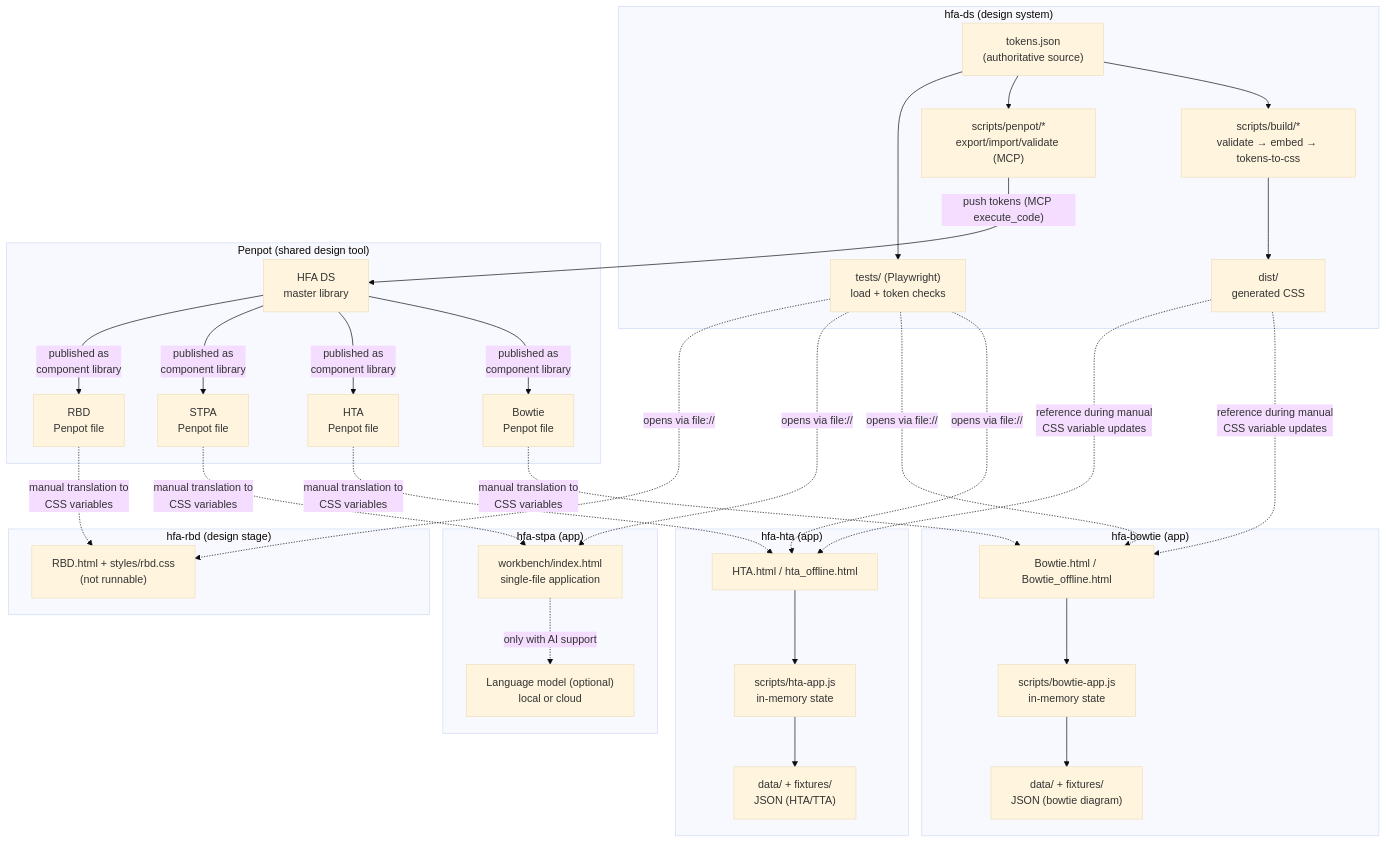
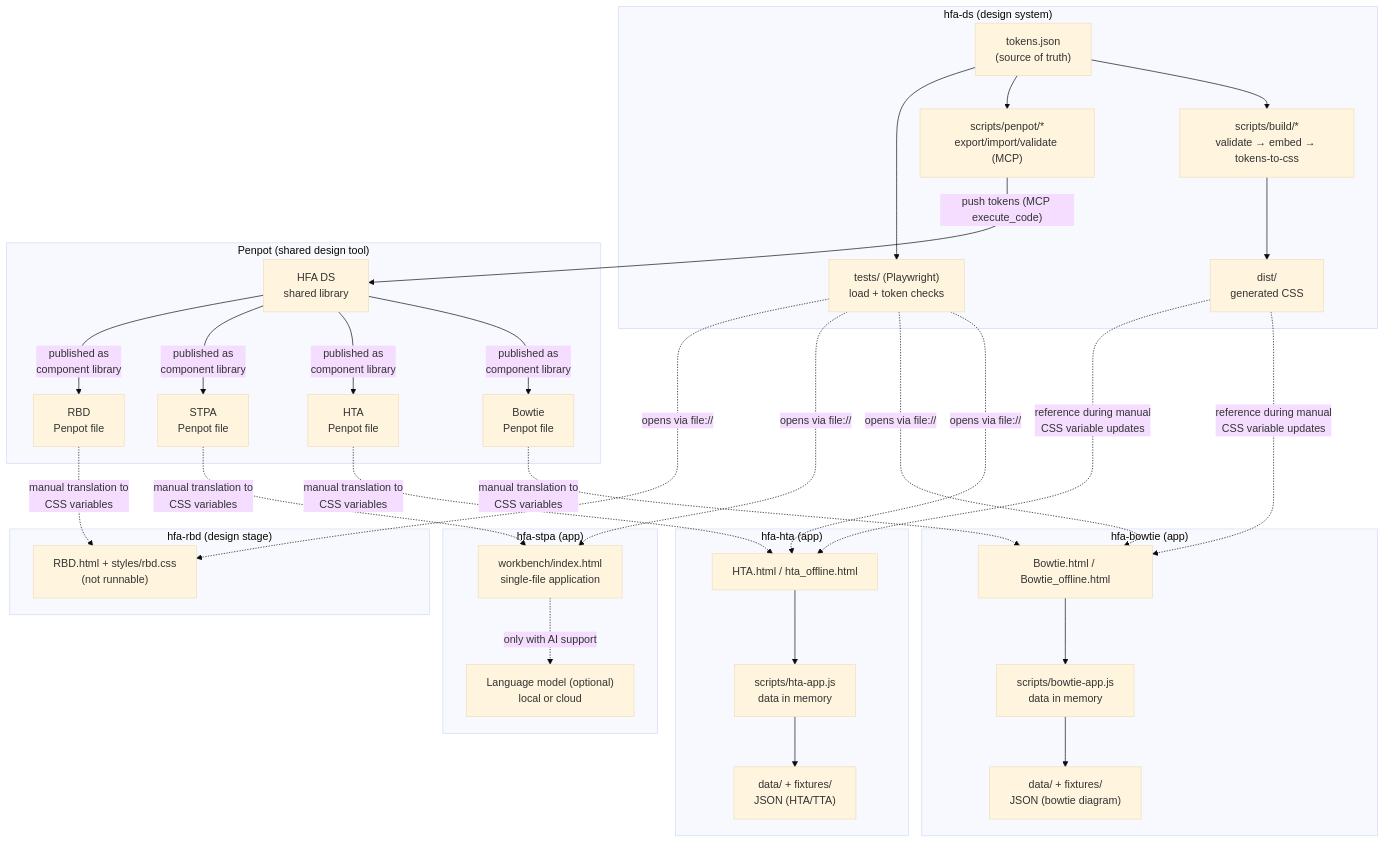
Before and after one commit to larswpettersson/hfa-ds: the first of 3 diagrams in ARCHITECTURE.md, drawn with Mermaid (base theme). The commit also changed other lines of this file and 1 other file, not shown here.

First line of the commit message:
Docs: plainer wording in the architecture documents

````diff
--- a/ARCHITECTURE.md
+++ b/ARCHITECTURE.md
@@ -67,64 +67,64 @@
 ```mermaid
 flowchart TB
     subgraph DS["hfa-ds (design system)"]
-        tokens["tokens.json<br/>(authoritative source)"]
+        tokens["tokens.json<br/>(source of truth)"]
         buildScripts["scripts/build/*<br/>validate → embed → tokens-to-css"]
         penpotScripts["scripts/penpot/*<br/>export/import/validate (MCP)"]
         dist["dist/<br/>generated CSS"]
         tests["tests/ (Playwright)<br/>load + token checks"]
         tokens --> buildScripts --> dist
         tokens --> penpotScripts
         tokens --> tests
     end
 
     subgraph Penpot["Penpot (shared design tool)"]
-        masterLib["HFA DS<br/>master library"]
+        masterLib["HFA DS<br/>shared library"]
         bowtieFile["Bowtie<br/>Penpot file"]
         htaFile["HTA<br/>Penpot file"]
         stpaFile["STPA<br/>Penpot file"]
         rbdFile["RBD<br/>Penpot file"]
     end
 
     subgraph HTA["hfa-hta (app)"]
         htaHtml["HTA.html / hta_offline.html"]
-        htaApp["scripts/hta-app.js<br/>in-memory state"]
+        htaApp["scripts/hta-app.js<br/>data in memory"]
         htaData["data/ + fixtures/<br/>JSON (HTA/TTA)"]
         htaHtml --> htaApp --> htaData
     end
 
     subgraph Bowtie["hfa-bowtie (app)"]
         bowtieHtml["Bowtie.html / Bowtie_offline.html"]
-        bowtieApp["scripts/bowtie-app.js<br/>in-memory state"]
+        bowtieApp["scripts/bowtie-app.js<br/>data in memory"]
         bowtieData["data/ + fixtures/<br/>JSON (bowtie diagram)"]
         bowtieHtml --> bowtieApp --> bowtieData
     end
 
     subgraph STPA["hfa-stpa (app)"]
         wb["workbench/index.html<br/>single-file application"]
         llm["Language model (optional)<br/>local or cloud"]
         wb -. "only with AI support" .-> llm
     end
 
     subgraph RBD["hfa-rbd (design stage)"]
         rbdHtml["RBD.html + styles/rbd.css<br/>(not runnable)"]
     end
 
     penpotScripts -- "push tokens (MCP execute_code)" --> masterLib
     masterLib -- "published as<br/>component library" --> bowtieFile
     masterLib -- "published as<br/>component library" --> htaFile
     masterLib -- "published as<br/>component library" --> stpaFile
     masterLib -- "published as<br/>component library" --> rbdFile
 
     bowtieFile -. "manual translation to<br/>CSS variables" .-> bowtieHtml
     htaFile -. "manual translation to<br/>CSS variables" .-> htaHtml
     stpaFile -. "manual translation to<br/>CSS variables" .-> wb
     rbdFile -. "manual translation to<br/>CSS variables" .-> rbdHtml
 
     dist -. "reference during manual<br/>CSS variable updates" .-> bowtieHtml
     dist -. "reference during manual<br/>CSS variable updates" .-> htaHtml
 
     tests -. "opens via file://" .-> htaHtml
     tests -. "opens via file://" .-> bowtieHtml
     tests -. "opens via file://" .-> wb
     tests -. "opens via file://" .-> rbdHtml
 ```
````
